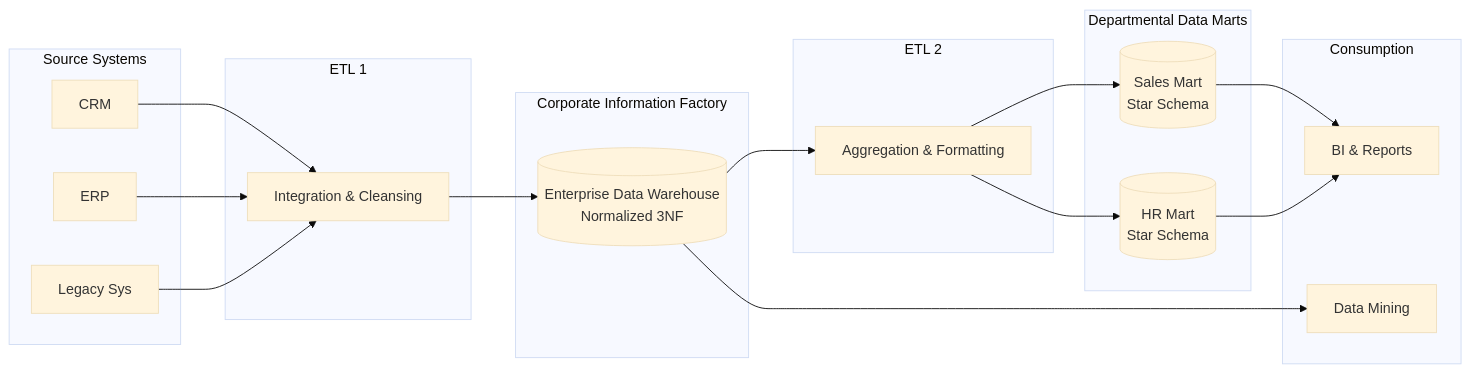
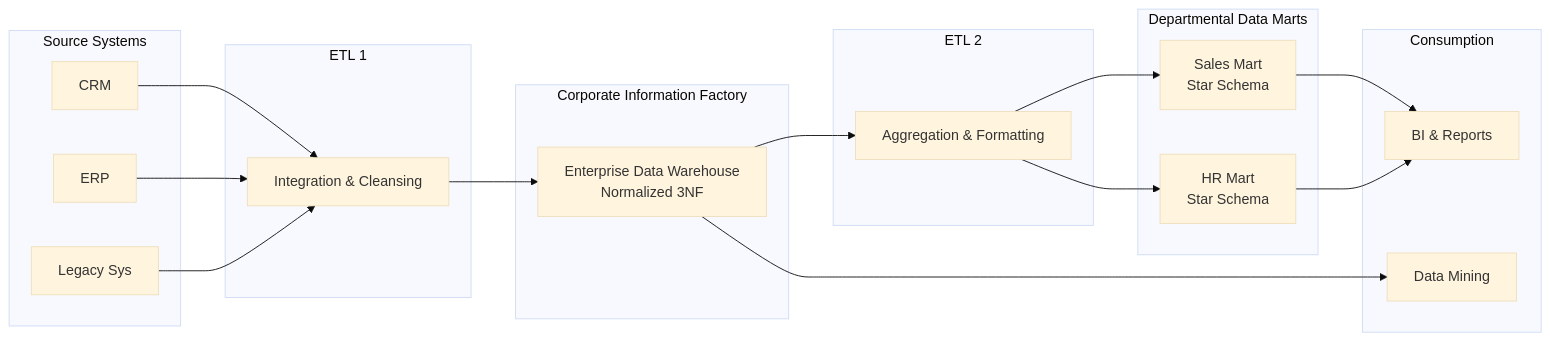
One commit to kythuatdulieu/kythuatdulieu.github.io changed the diagram in src/content/docs/concepts/data-warehouse/inmon-methodology.md. Above: the diagram before and after it, drawn with Mermaid (base theme). The commit also changed other lines of this file and 175 other files, not shown here.

Commit message:
docs: content audit, correct Mermaid diagrams, fix external links, and auto-inject popovers

````diff
--- a/src/content/docs/concepts/data-warehouse/inmon-methodology.md
+++ b/src/content/docs/concepts/data-warehouse/inmon-methodology.md
@@ -41,41 +41,41 @@
 ```mermaid
 graph LR
     subgraph Source Systems
         A[CRM]
         B[ERP]
         C[Legacy Sys]
     end
 
     subgraph ETL 1
         D[Integration & Cleansing]
     end
 
     subgraph Corporate Information Factory
-        E[(Enterprise Data Warehouse\nNormalized 3NF)]
+        E["Enterprise Data Warehouse<br/>Normalized 3NF"]
     end
 
     subgraph ETL 2
         F[Aggregation & Formatting]
     end
 
     subgraph Departmental Data Marts
-        G[(Sales Mart\nStar Schema)]
-        H[(HR Mart\nStar Schema)]
+        G["Sales Mart<br/>Star Schema"]
+        H["HR Mart<br/>Star Schema"]
     end
 
     subgraph Consumption
         I[BI & Reports]
         J[Data Mining]
     end
 
     A --> D
     B --> D
     C --> D
     D --> E
     E --> F
     F --> G
     F --> H
     G --> I
     H --> I
     E --> J
 ```
````
